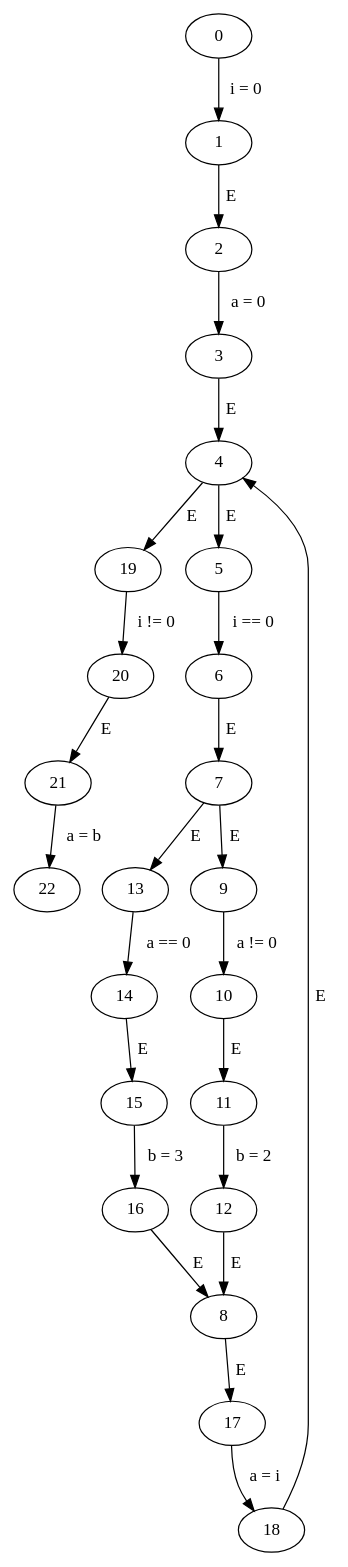
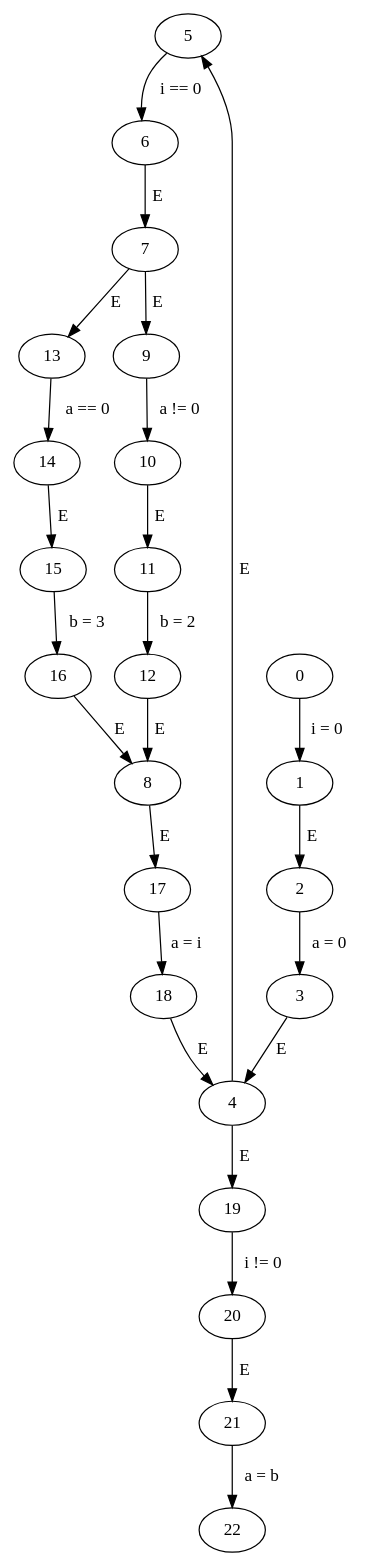
Before and after one commit to Harman309/project6: the diagram in code/graphs/while/while.gv, drawn with Graphviz. The commit also changed other lines of this file and 12 other files, not shown here.

```diff
--- a/code/graphs/while/while.gv
+++ b/code/graphs/while/while.gv
@@ -1,27 +1,27 @@
 // while
 digraph {
-	4 -> 19 [label=" E "]
+	5 -> 6 [label=" i == 0 "]
+	13 -> 14 [label=" a == 0 "]
+	4 -> 5 [label=" E "]
+	11 -> 12 [label=" b = 2 "]
+	19 -> 20 [label=" i != 0 "]
 	7 -> 13 [label=" E "]
-	10 -> 11 [label=" E "]
 	15 -> 16 [label=" b = 3 "]
-	11 -> 12 [label=" b = 2 "]
 	18 -> 4 [label=" E "]
-	4 -> 5 [label=" E "]
+	7 -> 9 [label=" E "]
 	21 -> 22 [label=" a = b "]
 	3 -> 4 [label=" E "]
+	12 -> 8 [label=" E "]
+	20 -> 21 [label=" E "]
+	1 -> 2 [label=" E "]
+	16 -> 8 [label=" E "]
+	14 -> 15 [label=" E "]
+	4 -> 19 [label=" E "]
 	0 -> 1 [label=" i = 0 "]
-	20 -> 21 [label=" E "]
+	10 -> 11 [label=" E "]
 	6 -> 7 [label=" E "]
-	16 -> 8 [label=" E "]
+	17 -> 18 [label=" a = i "]
+	2 -> 3 [label=" a = 0 "]
+	8 -> 17 [label=" E "]
 	9 -> 10 [label=" a != 0 "]
-	5 -> 6 [label=" i == 0 "]
-	8 -> 17 [label=" E "]
-	12 -> 8 [label=" E "]
-	17 -> 18 [label=" a = i "]
-	1 -> 2 [label=" E "]
-	2 -> 3 [label=" a = 0 "]
-	19 -> 20 [label=" i != 0 "]
-	14 -> 15 [label=" E "]
-	7 -> 9 [label=" E "]
-	13 -> 14 [label=" a == 0 "]
 }
```
